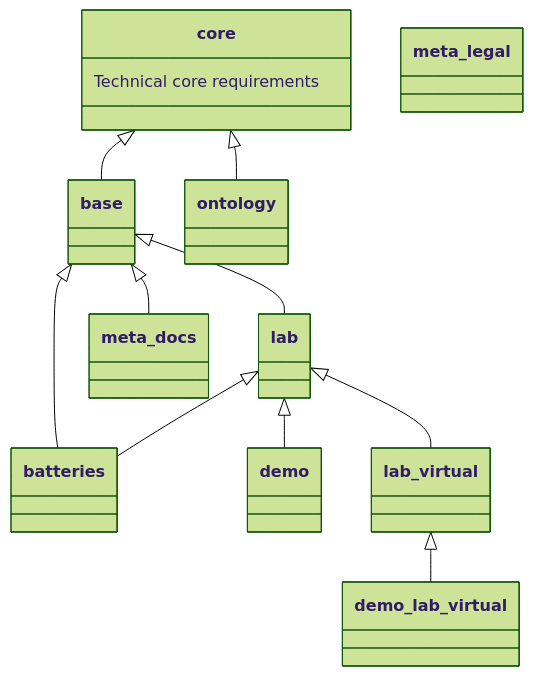
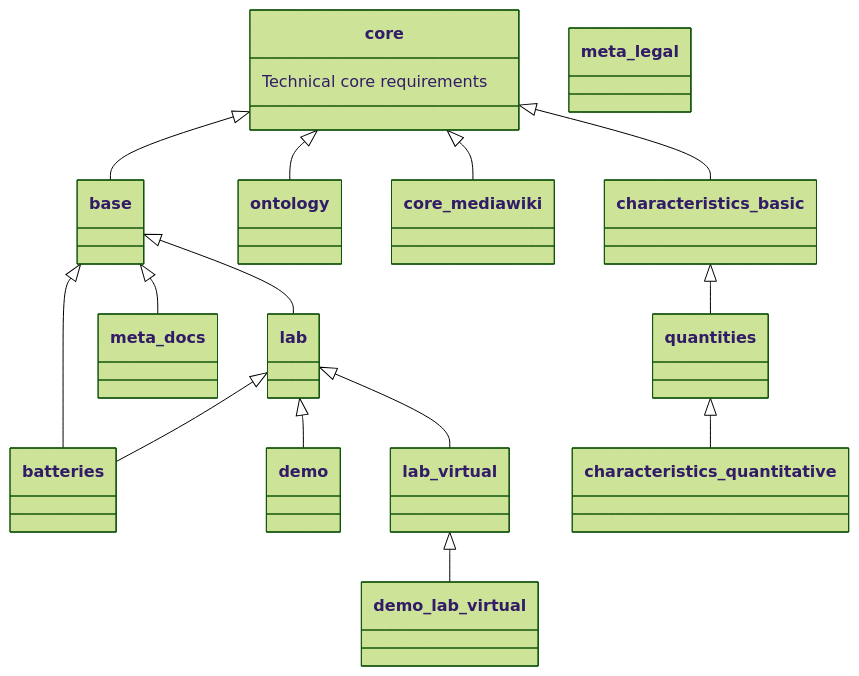
The diagram in README.md (OpenSemanticWorld-Packages/osw-package-maintenance), drawn with Mermaid (forest theme) before and after one commit. The commit also changed 5 other files, not shown here.

Commit message:
feat: add pachages for units, quantities and characteristics

````diff
--- a/README.md
+++ b/README.md
@@ -19,38 +19,53 @@
 ```mermaid
 classDiagram
     %% Define class and link here
     %% Stick to alphabetical order
     class base
     link base "https://github.com/OpenSemanticWorld-Packages/world.opensemantic.base" "world.opensemantic.base"
     class batteries
     link batteries "https://github.com/OpenSemanticWorld-Packages/world.opensemantic.batteries" "world.opensemantic.batteries"
     class core {Technical core requirements}
     link core "https://github.com/OpenSemanticWorld-Packages/world.opensemantic.core" "world.opensemantic.core"
     class demo
     link demo "https://github.com/OpenSemanticWorld-Packages/world.opensemantic.demo" "world.opensemantic.demo"
     class demo_lab_virtual
     link demo_lab_virtual "https://github.com/OpenSemanticWorld-Packages/world.opensemantic.demo.lab.virtual" "world.opensemantic.demo.lab.virtual"
     class lab
     link lab "https://github.com/OpenSemanticWorld-Packages/world.opensemantic.lab" "world.opensemantic.lab"
     class lab_virtual
     link lab_virtual "https://github.com/OpenSemanticWorld-Packages/world.opensemantic.lab.virtual" "world.opensemantic.lab.virtual"
     class meta_docs
     link meta_docs "https://github.com/OpenSemanticWorld-Packages/world.opensemantic.meta.docs" "world.opensemantic.meta.docs"
     class meta_legal
     link meta_legal "https://github.com/OpenSemanticWorld-Packages/world.opensemantic.meta.legal" "world.opensemantic.meta.legal"
     class ontology
     link ontology "https://github.com/OpenSemanticWorld-Packages/world.opensemantic.ontology" "world.opensemantic.ontology"
 
+    class core_mediawiki
+    link core_mediawiki "https://github.com/OpenSemanticWorld-Packages/world.opensemantic.core.mediawiki" "world.opensemantic.core.mediawiki"
+
+    class characteristics_basic
+    link characteristics_basic "https://github.com/OpenSemanticWorld-Packages/world.opensemantic.characteristics.basic" "world.opensemantic.characteristics.basic"
+    class quantities
+    link quantities "https://github.com/OpenSemanticWorld-Packages/world.opensemantic.quantities" "world.opensemantic.quantities"
+    class characteristics_quantitative
+    link characteristics_quantitative "https://github.com/OpenSemanticWorld-Packages/world.opensemantic.characteristics.quantitative" "world.opensemantic.characteristics.quantitative"
+
+
     %% Define dependencies here
     %% Inheritance is used to model the "requiredPackage" relation
     %% Order the inheriting packages alphabetically
     core        <|-- base
+    core        <|-- core_mediawiki
     base        <|-- batteries
     lab         <|-- batteries
     lab         <|-- demo
     lab_virtual <|-- demo_lab_virtual
     base        <|-- lab
     lab         <|-- lab_virtual
     base        <|-- meta_docs
     core        <|-- ontology
+    core        <|-- characteristics_basic
+    characteristics_basic        <|-- quantities
+    quantities  <|-- characteristics_quantitative
 ```
````
